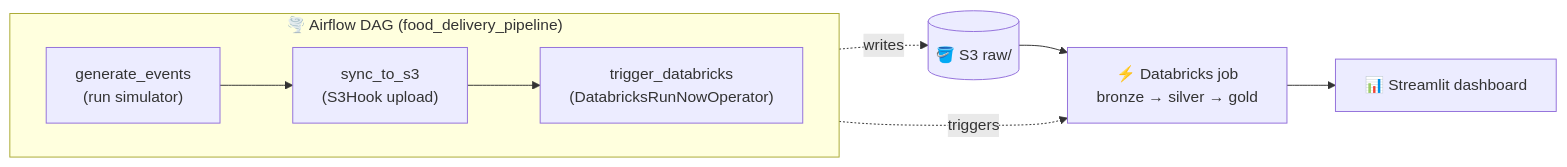
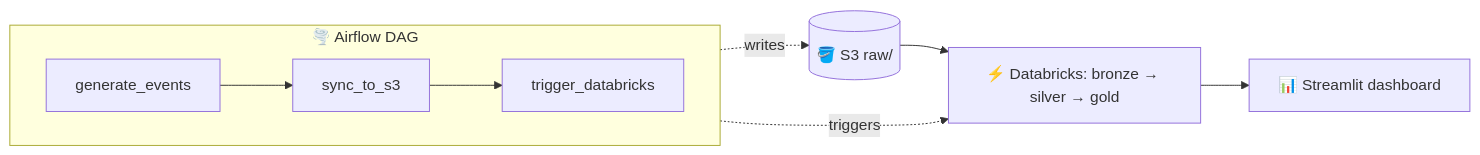
One commit to ErnestAu/food-delivery-pipeline changed the diagram in README.md. Above: the diagram before and after it, drawn with Mermaid. The commit also changed other lines of this file and 3 other files, not shown here.

````diff
--- a/README.md
+++ b/README.md
@@ -40,11 +102,11 @@
 ```mermaid
 flowchart LR
-    subgraph AF["🌪️ Airflow DAG (food_delivery_pipeline)"]
+    subgraph AF["🌪️ Airflow DAG"]
         direction LR
-        G["generate_events<br/>(run simulator)"] --> S["sync_to_s3<br/>(S3Hook upload)"] --> T["trigger_databricks<br/>(DatabricksRunNowOperator)"]
+        G["generate_events"] --> S["sync_to_s3"] --> T["trigger_databricks"]
     end
     S -.writes.-> S3[("🪣 S3 raw/")]
-    T -.triggers.-> DBX["⚡ Databricks job<br/>bronze → silver → gold"]
+    T -.triggers.-> DBX["⚡ Databricks: bronze → silver → gold"]
     S3 --> DBX
     DBX --> DASH["📊 Streamlit dashboard"]
 ```
````
